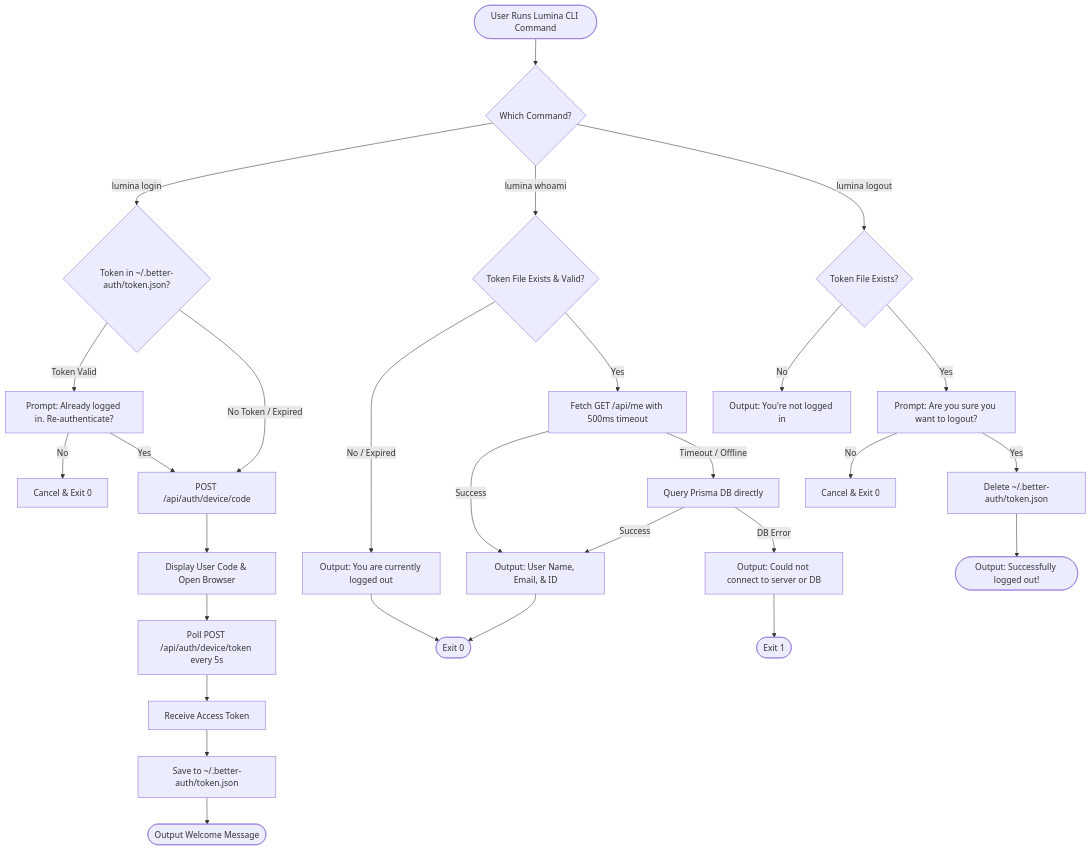
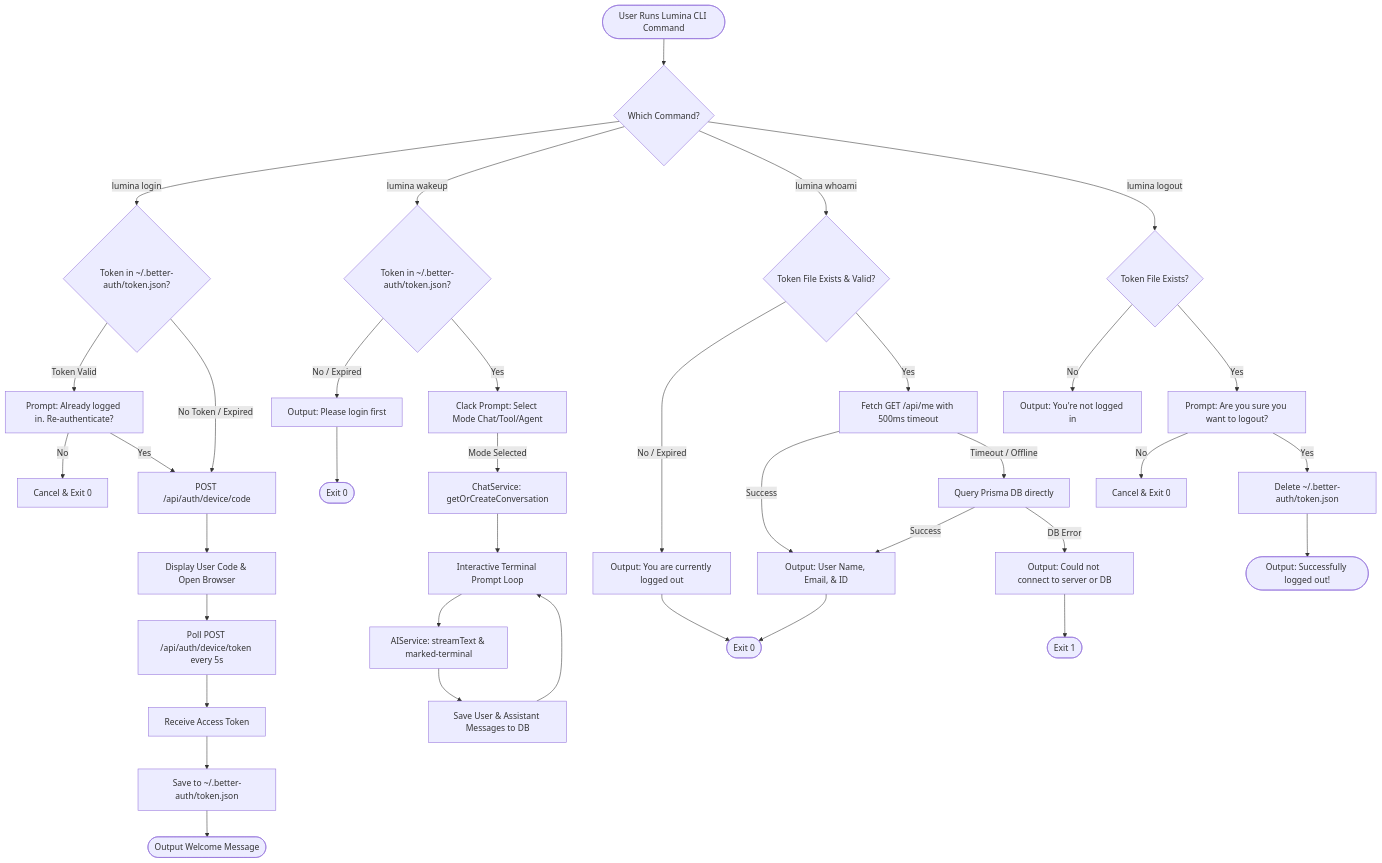
One commit to piyushkumariiitj/lumina-cli changed the fourth of 5 diagrams in readme.md. Above: the diagram before and after it, drawn with Mermaid. The commit also changed other lines of this file, not shown here.

Commit message:
docs: update README.md with Gemini 3.7 Flash engine, ChatService persistence architecture, and 5 comprehensive Mermaid diagrams

````diff
--- a/readme.md
+++ b/readme.md
@@ -258,33 +318,43 @@
 ```mermaid
 flowchart TD
     Start([User Runs Lumina CLI Command]) --> CommandChoice{Which Command?}
 
     CommandChoice -->|lumina login| CheckExisting{Token in ~/.better-auth/token.json?}
     CheckExisting -->|Token Valid| AskReauth[Prompt: Already logged in. Re-authenticate?]
     AskReauth -->|No| CancelLogin[Cancel & Exit 0]
     AskReauth -->|Yes| ReqDeviceCode[POST /api/auth/device/code]
     CheckExisting -->|No Token / Expired| ReqDeviceCode
     ReqDeviceCode --> PrintCode[Display User Code & Open Browser]
     PrintCode --> StartPolling[Poll POST /api/auth/device/token every 5s]
     StartPolling --> ReceiveToken[Receive Access Token]
     ReceiveToken --> SaveToken[Save to ~/.better-auth/token.json]
     SaveToken --> LoginDone([Output Welcome Message])
+
+    CommandChoice -->|lumina wakeup| CheckWakeToken{Token in ~/.better-auth/token.json?}
+    CheckWakeToken -->|No / Expired| ShowWakeLoggedOut[Output: Please login first]
+    ShowWakeLoggedOut --> WakeDone([Exit 0])
+    CheckWakeToken -->|Yes| ModePrompt[Clack Prompt: Select Mode Chat/Tool/Agent]
+    ModePrompt -->|Mode Selected| InitConv[ChatService: getOrCreateConversation]
+    InitConv --> StartLoop[Interactive Terminal Prompt Loop]
+    StartLoop --> RenderStream[AIService: streamText & marked-terminal]
+    RenderStream --> SaveHistory[Save User & Assistant Messages to DB]
+    SaveHistory --> StartLoop
 
     CommandChoice -->|lumina whoami| CheckTokenFile{Token File Exists & Valid?}
     CheckTokenFile -->|No / Expired| OutputLoggedOut[Output: You are currently logged out]
     OutputLoggedOut --> WhoamiDone([Exit 0])
     CheckTokenFile -->|Yes| TryAPI[Fetch GET /api/me with 500ms timeout]
     TryAPI -->|Success| ShowUser[Output: User Name, Email, & ID]
     TryAPI -->|Timeout / Offline| TryPrisma[Query Prisma DB directly]
     TryPrisma -->|Success| ShowUser
     TryPrisma -->|DB Error| ShowDBError[Output: Could not connect to server or DB]
     ShowDBError --> WhoamiError([Exit 1])
     ShowUser --> WhoamiDone
 
     CommandChoice -->|lumina logout| CheckLogoutToken{Token File Exists?}
     CheckLogoutToken -->|No| NotLoggedIn[Output: You're not logged in]
     CheckLogoutToken -->|Yes| ConfirmLogout[Prompt: Are you sure you want to logout?]
     ConfirmLogout -->|No| CancelLogout[Cancel & Exit 0]
     ConfirmLogout -->|Yes| DeleteToken[Delete ~/.better-auth/token.json]
     DeleteToken --> LogoutDone([Output: Successfully logged out!])
 ```
````
